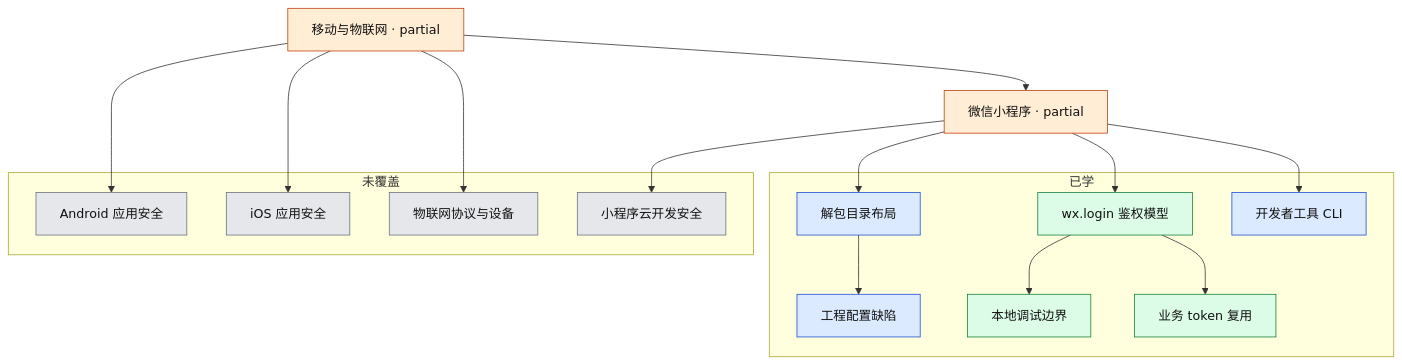
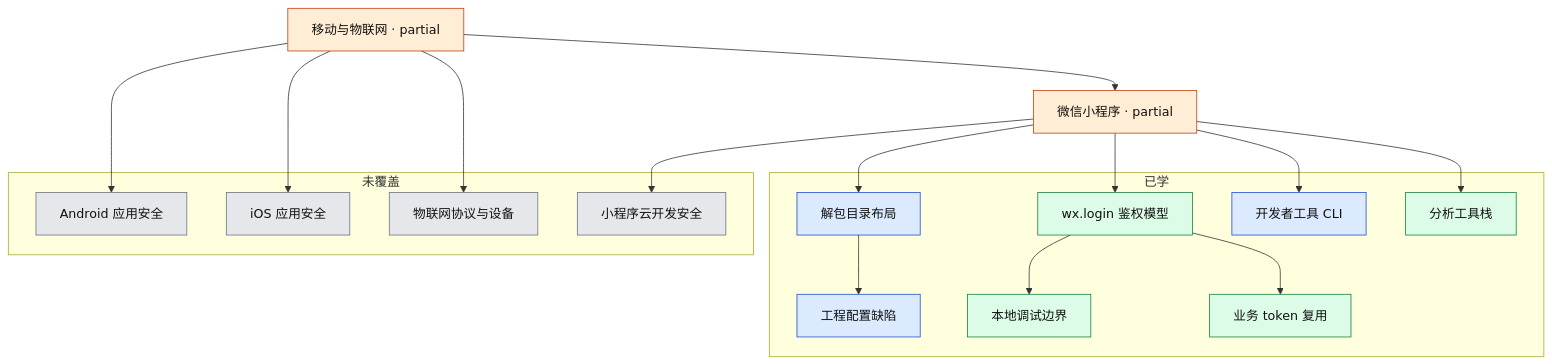
Before and after one commit to HubBoys/cybersec-knowledge: the diagram in domains/mobile-iot/README.md, drawn with Mermaid. The commit also changed other lines of this file and 9 other files, not shown here.

````diff
--- a/domains/mobile-iot/README.md
+++ b/domains/mobile-iot/README.md
@@ -17,41 +19,43 @@
 ```mermaid
 flowchart TB
   classDef uncovered fill:#e5e7eb,stroke:#6b7280,color:#111
   classDef covered fill:#dcfce7,stroke:#15803d,color:#111
   classDef practiced fill:#dbeafe,stroke:#1d4ed8,color:#111
   classDef partial fill:#ffedd5,stroke:#c2410c,color:#111
 
   MIOT[移动与物联网 · partial]
   MP[微信小程序 · partial]
 
   subgraph done [已学]
     LAY[解包目录布局]
     CFG[工程配置缺陷]
     LOGIN[wx.login 鉴权模型]
     LIMIT[本地调试边界]
     CLI[开发者工具 CLI]
     TOK[业务 token 复用]
+    TOOL[分析工具栈]
   end
 
   subgraph todo [未覆盖]
     AND[Android 应用安全]
     IOS[iOS 应用安全]
     IOT[物联网协议与设备]
     CLOUD[小程序云开发安全]
   end
 
   MIOT --> MP
   MP --> LAY --> CFG
   MP --> LOGIN --> LIMIT
   MP --> CLI
   LOGIN --> TOK
+  MP --> TOOL
   MIOT --> AND
   MIOT --> IOS
   MIOT --> IOT
   MP --> CLOUD
 
   class LAY,CFG,CLI practiced
-  class LOGIN,LIMIT,TOK covered
+  class LOGIN,LIMIT,TOK,TOOL covered
   class AND,IOS,IOT,CLOUD uncovered
   class MP,MIOT partial
 ```
````
